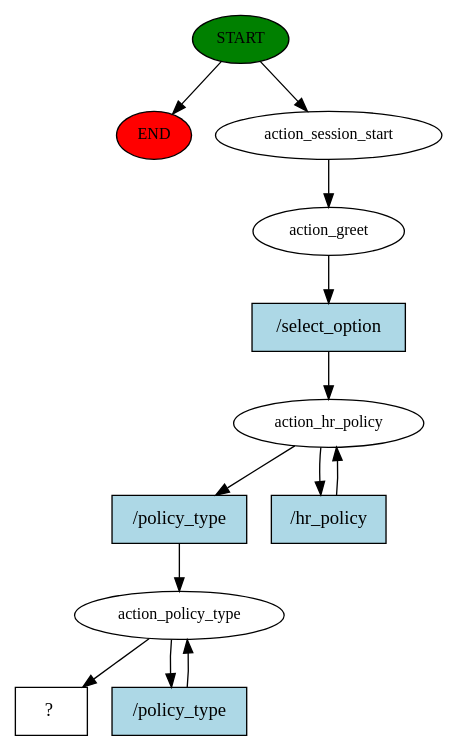
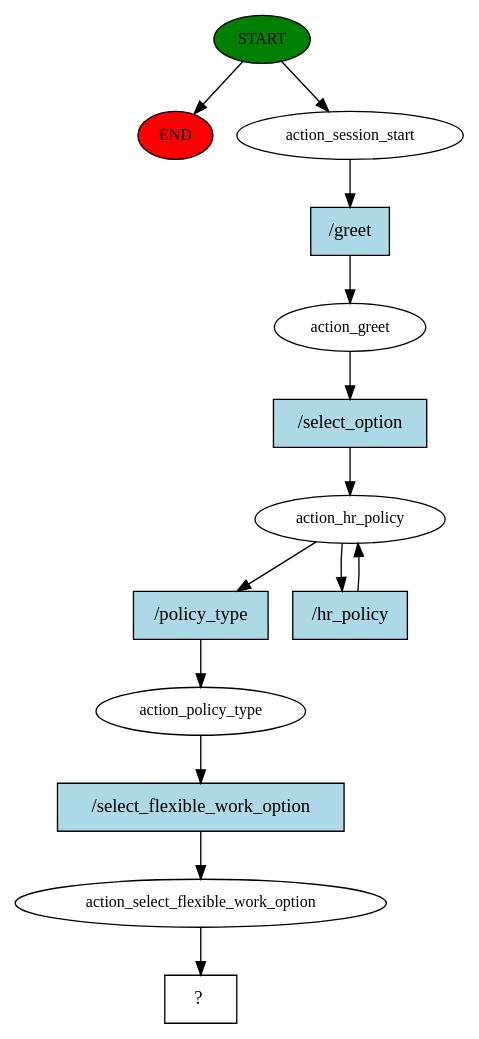
One commit to sunil-thapa99/amelio_chatbot changed the diagram in story_graph.dot. Above: the diagram before and after it, drawn with Graphviz. The commit also changed 7 other files, not shown here.

Commit message:
Updating flexible_work policies

```diff
--- a/story_graph.dot
+++ b/story_graph.dot
@@ -1,25 +1,28 @@
 digraph  {
 0 [class="start active", fillcolor=green, fontsize=12, label=START, style=filled];
 "-1" [class=end, fillcolor=red, fontsize=12, label=END, style=filled];
 1 [class=active, fontsize=12, label=action_session_start];
 2 [class=active, fontsize=12, label=action_greet];
 3 [class=active, fontsize=12, label=action_hr_policy];
 5 [class=active, fontsize=12, label=action_policy_type];
+6 [class=active, fontsize=12, label=action_select_flexible_work_option];
 7 [class="intent dashed active", label="  ?  ", shape=rect];
-8 [class="intent active", fillcolor=lightblue, label="/select_option", shape=rect, style=filled];
-9 [class="intent active", fillcolor=lightblue, label="/policy_type", shape=rect, style=filled];
-10 [class="intent active", fillcolor=lightblue, label="/hr_policy", shape=rect, style=filled];
-11 [class="intent active", fillcolor=lightblue, label="/policy_type", shape=rect, style=filled];
+8 [class="intent active", fillcolor=lightblue, label="/greet", shape=rect, style=filled];
+9 [class="intent active", fillcolor=lightblue, label="/select_option", shape=rect, style=filled];
+10 [class="intent active", fillcolor=lightblue, label="/policy_type", shape=rect, style=filled];
+11 [class="intent active", fillcolor=lightblue, label="/hr_policy", shape=rect, style=filled];
+12 [class="intent active", fillcolor=lightblue, label="/select_flexible_work_option", shape=rect, style=filled];
 0 -> "-1"  [class="", key=NONE, label=""];
 0 -> 1  [class=active, key=NONE, label=""];
-1 -> 2  [class=active, key=NONE, label=""];
-2 -> 8  [class=active, key=0];
-3 -> 9  [class=active, key=0];
+1 -> 8  [class=active, key=0];
+2 -> 9  [class=active, key=0];
 3 -> 10  [class=active, key=0];
-5 -> 7  [class=active, key=NONE, label=""];
-5 -> 11  [class=active, key=0];
-8 -> 3  [class=active, key=0];
-9 -> 5  [class=active, key=0];
-10 -> 3  [class=active, key=0];
-11 -> 5  [class=active, key=0];
+3 -> 11  [class=active, key=0];
+5 -> 12  [class=active, key=0];
+6 -> 7  [class=active, key=NONE, label=""];
+8 -> 2  [class=active, key=0];
+9 -> 3  [class=active, key=0];
+10 -> 5  [class=active, key=0];
+11 -> 3  [class=active, key=0];
+12 -> 6  [class=active, key=0];
 }
```
